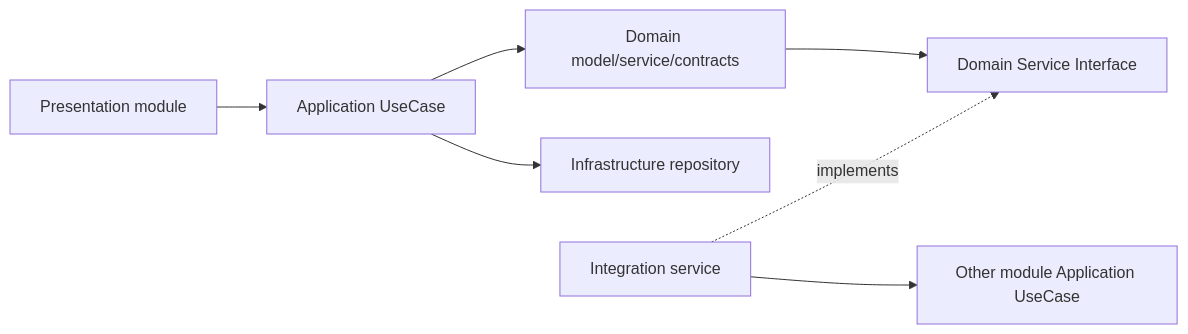
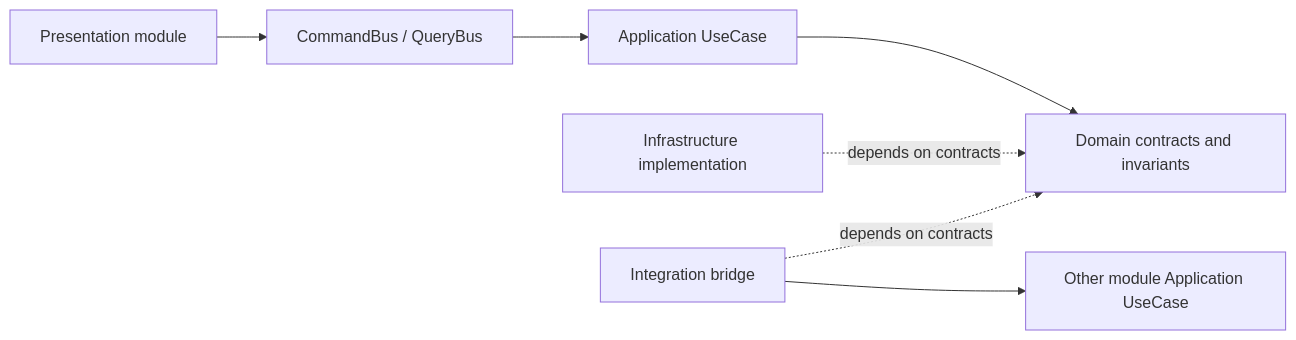
Before and after one commit to prikotov/symfony-ddd-ai-skeleton: the diagram in todo/done/EPIC-skeleton-module-ddd-scaffold.todo.md, drawn with Mermaid. The commit also changed 1 other file, not shown here.

Commit message:
docs(module): clarify dependency arrows

````diff
--- a/todo/done/EPIC-skeleton-module-ddd-scaffold.todo.md
+++ b/todo/done/EPIC-skeleton-module-ddd-scaffold.todo.md
@@ -90,9 +90,16 @@
 ```mermaid
 flowchart LR
-    Web[Presentation module] --> App[Application UseCase]
-    App --> Domain[Domain model/service/contracts]
-    App --> Infra[Infrastructure repository]
-    Domain --> IntegrationContract[Domain Service Interface]
-    Integration[Integration service] -. implements .-> IntegrationContract
-    Integration --> OtherApp[Other module Application UseCase]
+    Presentation[Presentation module]
+    Bus[CommandBus / QueryBus]
+    Application[Application UseCase]
+    Domain[Domain contracts and invariants]
+    Infrastructure[Infrastructure implementation]
+    Integration[Integration bridge]
+    OtherApplication[Other module Application UseCase]
+
+    Presentation --> Bus --> Application
+    Application --> Domain
+    Infrastructure -. depends on contracts .-> Domain
+    Integration -. depends on contracts .-> Domain
+    Integration --> OtherApplication
 ```
````
